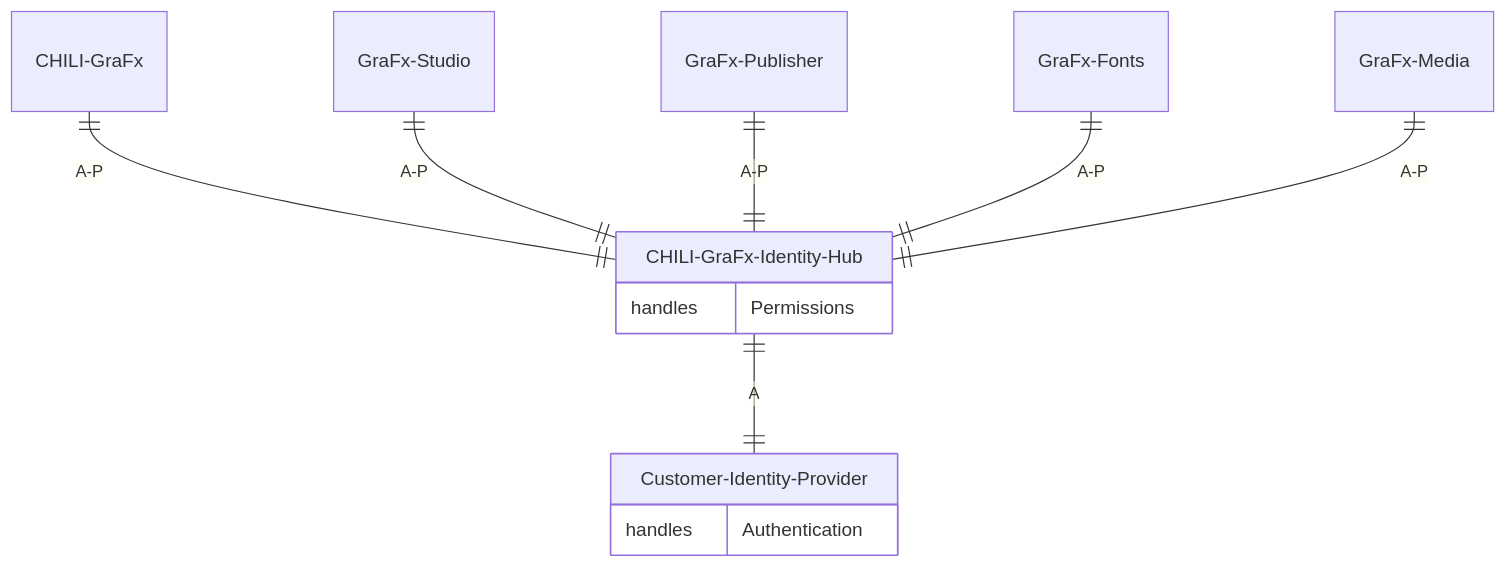
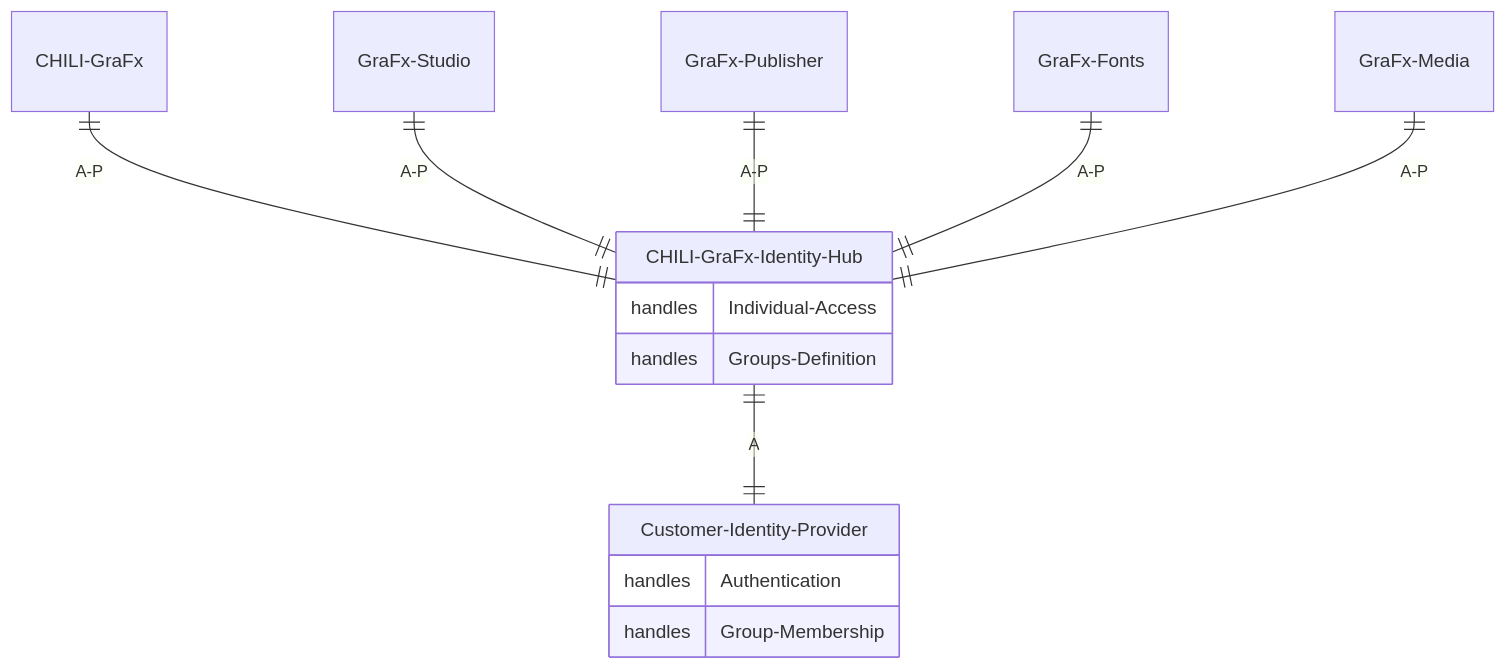
The second of 2 diagrams in docs/CHILI-GraFx/concepts/federated-single-sign-on/index.md (chili-publish/grafx-documentation), drawn with Mermaid before and after one commit. The commit also changed other lines of this file and 4 other files, not shown here.

Commit message:
Updated group management and membership for FSSO groups (#302)

````diff
--- a/docs/CHILI-GraFx/concepts/federated-single-sign-on/index.md
+++ b/docs/CHILI-GraFx/concepts/federated-single-sign-on/index.md
@@ -52,15 +54,17 @@
 ``` mermaid
 erDiagram
   CHILI-GraFx ||--|| CHILI-GraFx-Identity-Hub : A-P
   GraFx-Studio ||--|| CHILI-GraFx-Identity-Hub : A-P
   GraFx-Publisher ||--|| CHILI-GraFx-Identity-Hub : A-P
   GraFx-Fonts ||--|| CHILI-GraFx-Identity-Hub : A-P
   GraFx-Media ||--|| CHILI-GraFx-Identity-Hub : A-P
   CHILI-GraFx-Identity-Hub ||--|| Customer-Identity-Provider : A
   CHILI-GraFx-Identity-Hub {
-  	handles Permissions
+  	handles Individual-Access
+    handles Groups-Definition
   }
   Customer-Identity-Provider {
   	handles Authentication
+    handles Group-Membership
   }
 ```
````
